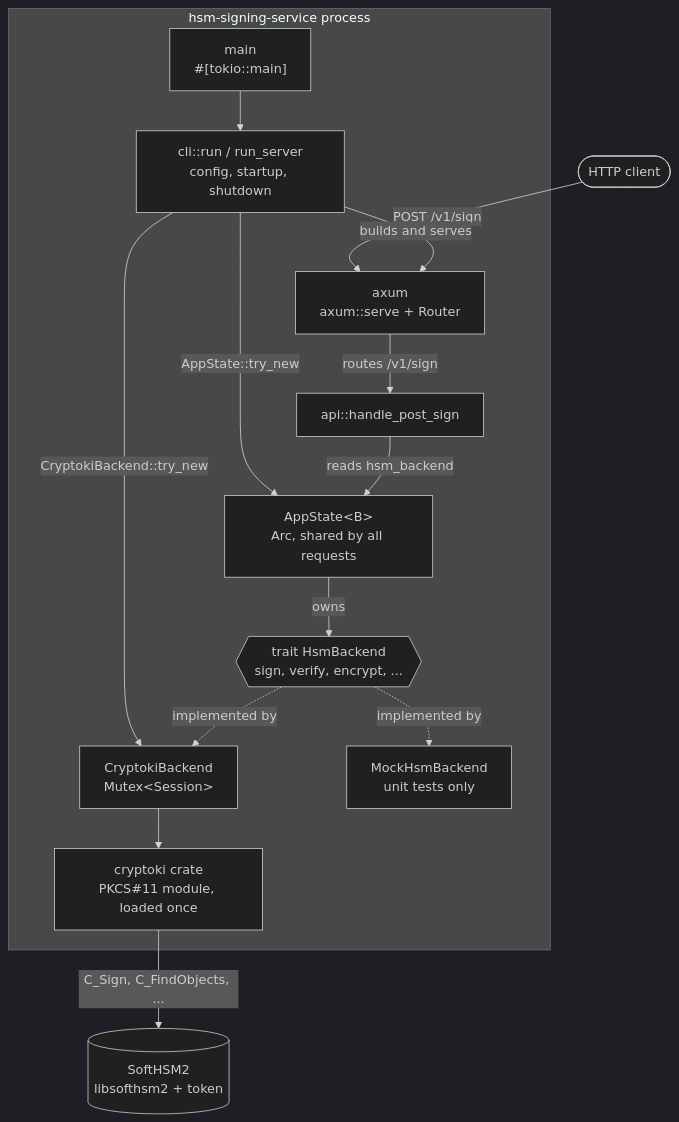
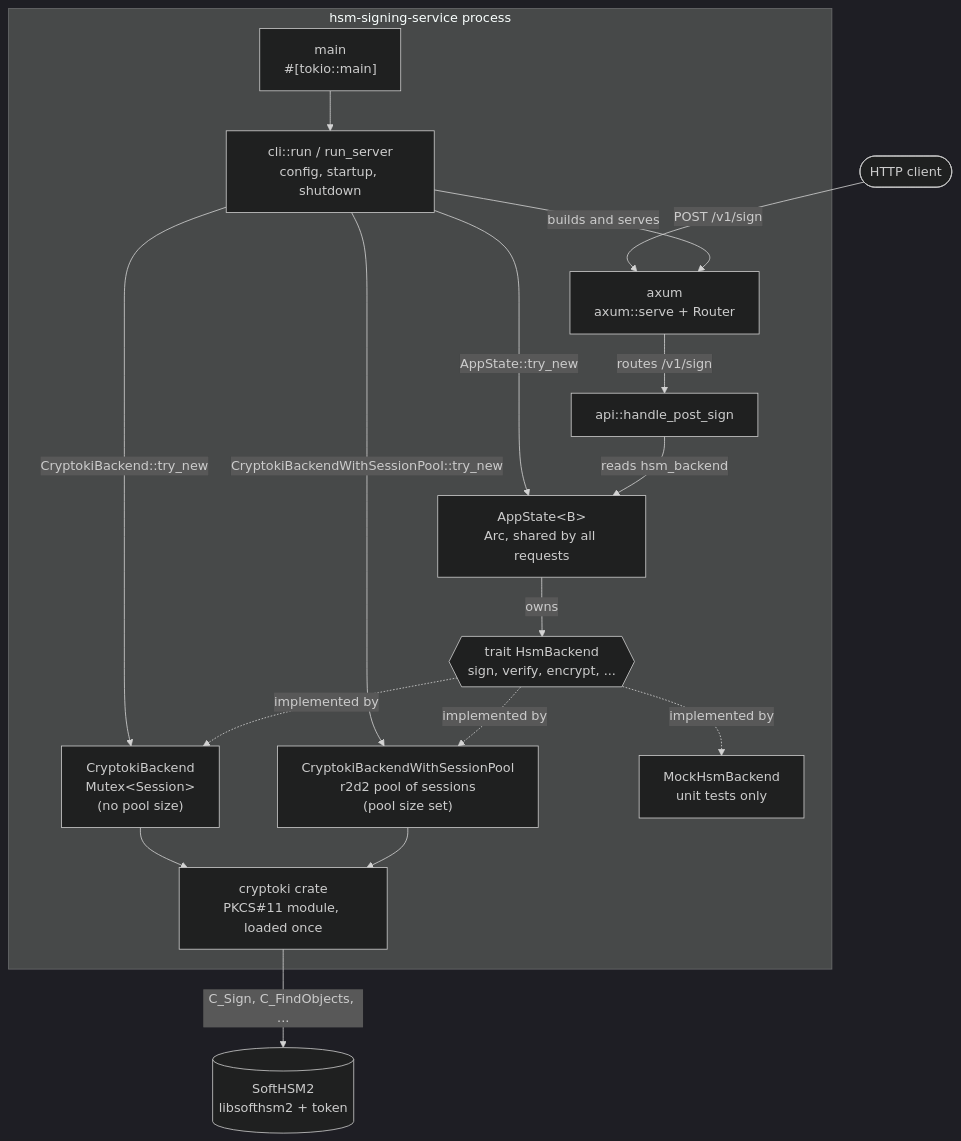
The first of 3 diagrams in docs/call_flow.md (aisrael/hsm-signing-service), drawn with Mermaid (dark theme) before and after one commit. The commit also changed other lines of this file and 7 other files, not shown here.

Commit message:
Added `CryptokiBackendWithSessionPool`

````diff
--- a/docs/call_flow.md
+++ b/docs/call_flow.md
@@ -9,31 +14,35 @@
 ```mermaid
 flowchart TB
     client([HTTP client])
 
     subgraph process["hsm-signing-service process"]
         main["main<br/>#[tokio::main]"]
         cli["cli::run / run_server<br/>config, startup, shutdown"]
         axum["axum<br/>axum::serve + Router"]
         handler["api::handle_post_sign"]
         state["AppState&lt;B&gt;<br/>Arc, shared by all requests"]
         trait{{"trait HsmBackend<br/>sign, verify, encrypt, ..."}}
-        cryptoki["CryptokiBackend<br/>Mutex&lt;Session&gt;"]
+        cryptoki["CryptokiBackend<br/>Mutex&lt;Session&gt;<br/>(no pool size)"]
+        pooled["CryptokiBackendWithSessionPool<br/>r2d2 pool of sessions<br/>(pool size set)"]
         mock["MockHsmBackend<br/>unit tests only"]
         module["cryptoki crate<br/>PKCS#11 module, loaded once"]
     end
 
     softhsm[("SoftHSM2<br/>libsofthsm2 + token")]
 
     client -->|"POST /v1/sign"| axum
     main --> cli
     cli -->|"builds and serves"| axum
     cli -->|"CryptokiBackend::try_new"| cryptoki
+    cli -->|"CryptokiBackendWithSessionPool::try_new"| pooled
     cli -->|"AppState::try_new"| state
     axum -->|"routes /v1/sign"| handler
     handler -->|"reads hsm_backend"| state
     state -->|"owns"| trait
     trait -.->|"implemented by"| cryptoki
+    trait -.->|"implemented by"| pooled
     trait -.->|"implemented by"| mock
     cryptoki --> module
+    pooled --> module
     module -->|"C_Sign, C_FindObjects, ..."| softhsm
 ```
````
